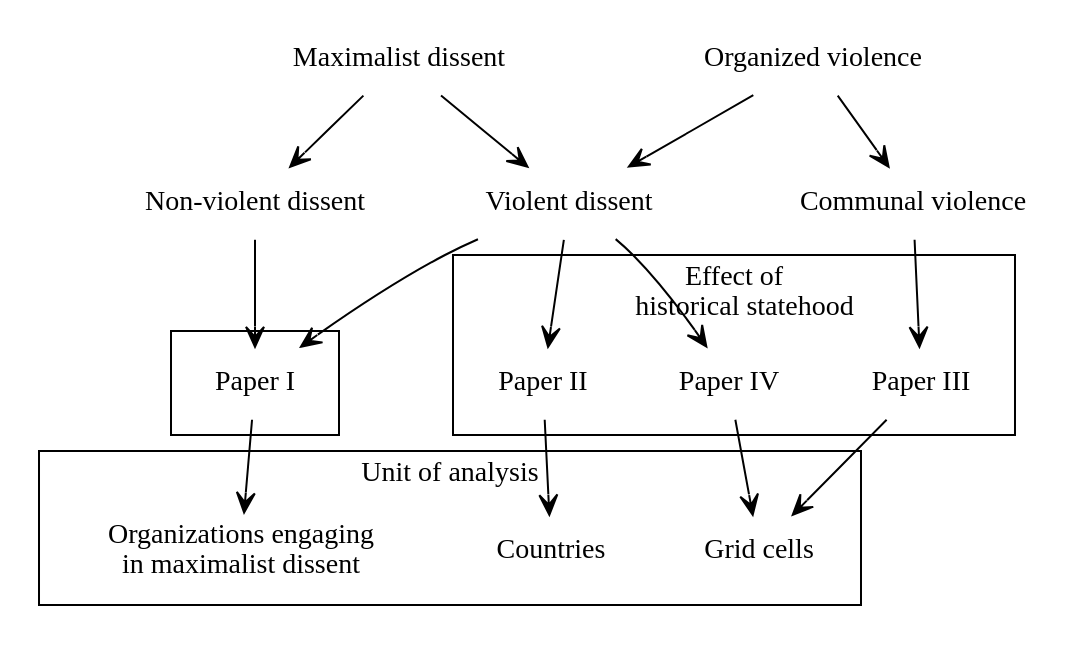
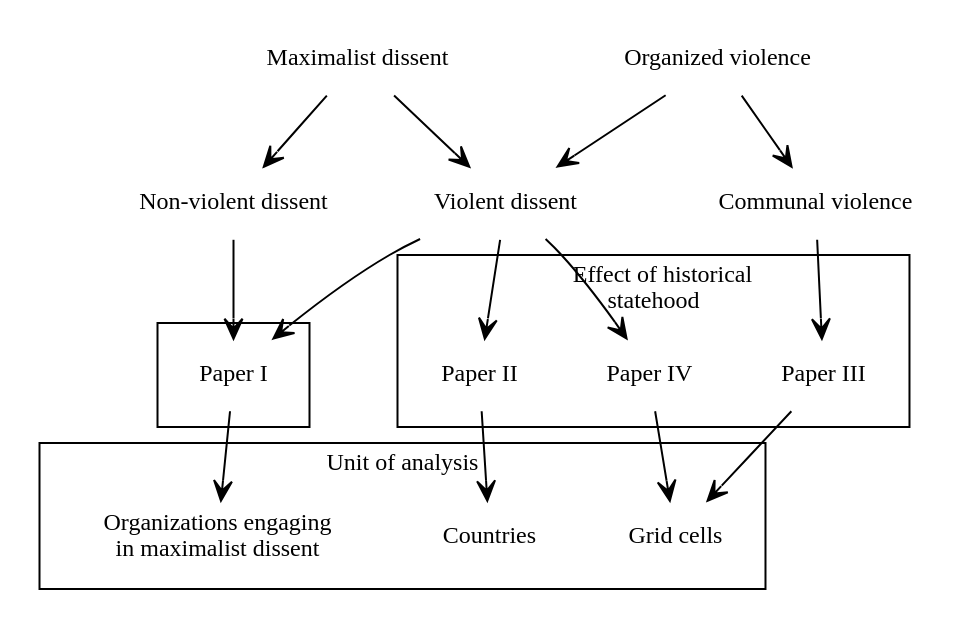
Before and after one commit to MariusSwane/Work: the diagram in Thesis/flow.dot, drawn with Graphviz. The commit also changed 5 other files, not shown here.

```diff
--- a/Thesis/flow.dot
+++ b/Thesis/flow.dot
@@ -1,31 +1,33 @@
 digraph G {
-	 node [shape = plaintext];
+	 node [shape = plaintext fontsize = "12pt"]; 	
 	 edge [arrowhead = vee];
 	 "Maximalist dissent" -> "Non-violent dissent";
 	 "Maximalist dissent" -> "Violent dissent";
 	 "Organized violence" -> "Violent dissent";
 	 "Organized violence" -> "Communal violence";
 	 "Non-violent dissent" -> "Paper I";
 	 "Violent dissent" -> "Paper I";
 	 "Violent dissent" -> "Paper II";
 	 "Violent dissent" -> "Paper IV";
 	 "Communal violence" -> "Paper III";
 	 subgraph cluster0{
 		 "Paper I";
 	 }
 	 subgraph cluster1{
+		 label = "	    Effect of historical
+	statehood" ;
+		 fontsize = "12pt";
 		 "Paper II";
 		 "Paper IV";
 		 "Paper III";
-		 label = "Effect of 
-   	 historical statehood";
 	 }	
 	 subgraph cluster2{
-		 label = "Unit of analysis"
+		 label = "Unit of analysis	"
+		 fontsize = "12pt";
 		 "Paper I" -> "Organizations engaging
 in maximalist dissent";
 		"Paper II" -> "Countries";
 		"Paper III" -> "Grid cells";
 		"Paper IV" -> "Grid cells";
 	 }
 }
```
